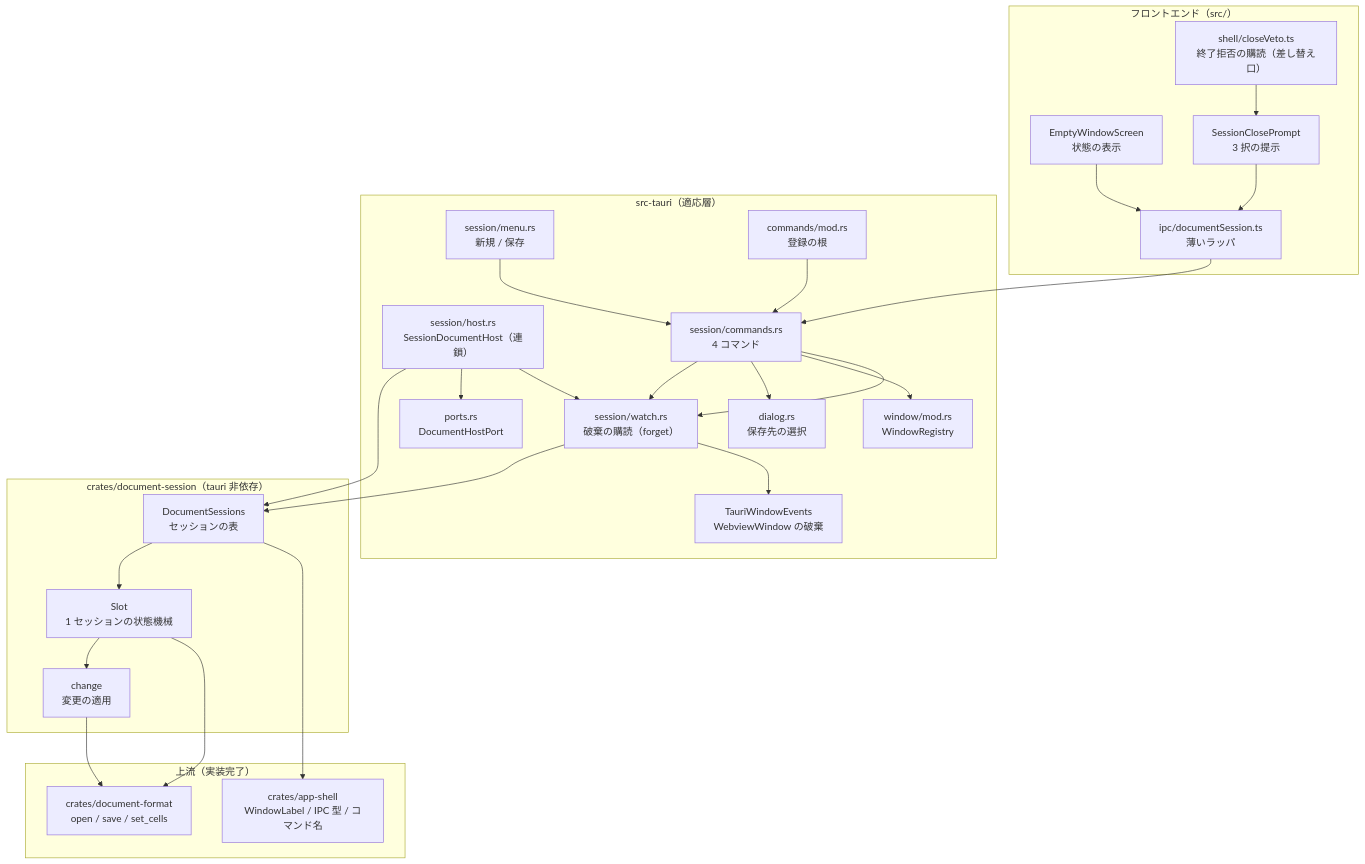
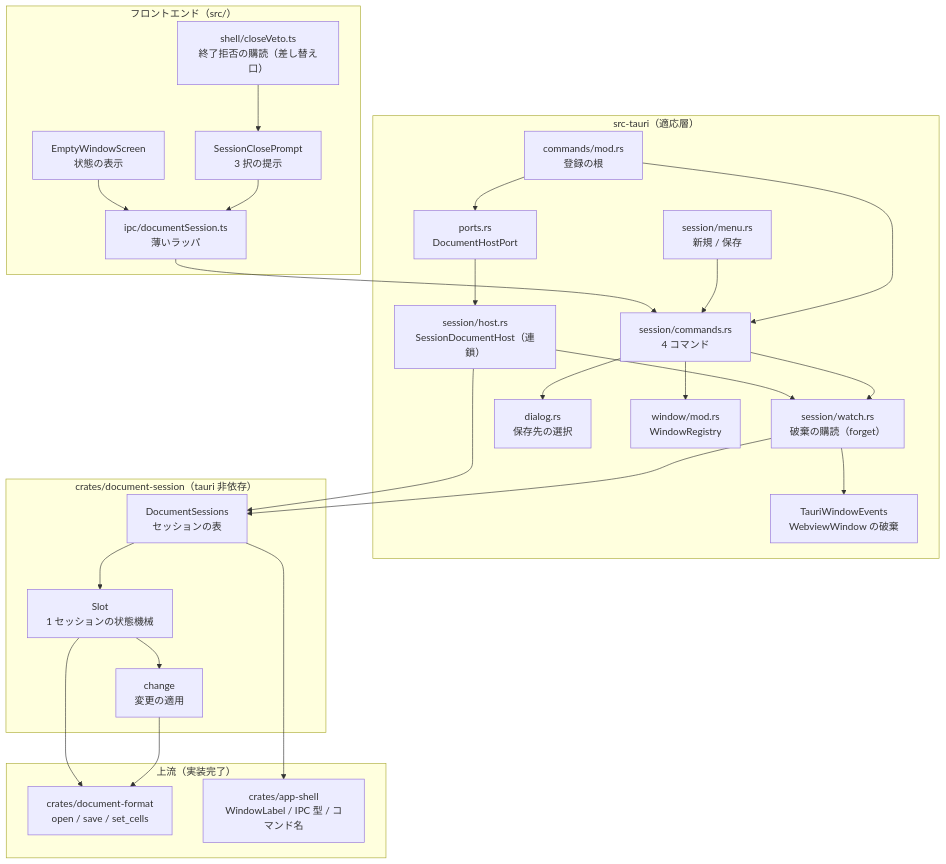
The first of 8 diagrams in .kiro/specs/document-session/design.md (HDYS-TTBYS/jxcel), drawn with Mermaid before and after one commit. The commit also changed other lines of this file and 1 other file, not shown here.

Commit message:
docs(document-session): 検証で残った記述のずれを直す

````diff
--- a/.kiro/specs/document-session/design.md
+++ b/.kiro/specs/document-session/design.md
@@ -92,53 +92,53 @@
 ```mermaid
 graph TB
     subgraph Frontend["フロントエンド（src/）"]
         Empty["EmptyWindowScreen<br/>状態の表示"]
         Prompt["SessionClosePrompt<br/>3 択の提示"]
         Veto["shell/closeVeto.ts<br/>終了拒否の購読（差し替え口）"]
         SessionIpc["ipc/documentSession.ts<br/>薄いラッパ"]
     end
 
     subgraph Adapter["src-tauri（適応層）"]
         Host["session/host.rs<br/>SessionDocumentHost（連鎖）"]
         Cmds["session/commands.rs<br/>4 コマンド"]
         Menu["session/menu.rs<br/>新規 / 保存"]
         Watch["session/watch.rs<br/>破棄の購読（forget）"]
         Dialog["dialog.rs<br/>保存先の選択"]
         Commands["commands/mod.rs<br/>登録の根"]
         Registry["window/mod.rs<br/>WindowRegistry"]
         Port["ports.rs<br/>DocumentHostPort"]
         Events["TauriWindowEvents<br/>WebviewWindow の破棄"]
     end
 
     subgraph Core["crates/document-session（tauri 非依存）"]
         Sessions["DocumentSessions<br/>セッションの表"]
         Slot["Slot<br/>1 セッションの状態機械"]
         Change["change<br/>変更の適用"]
     end
 
     subgraph Upstream["上流（実装完了）"]
         Fmt["crates/document-format<br/>open / save / set_cells"]
         Shell["crates/app-shell<br/>WindowLabel / IPC 型 / コマンド名"]
     end
 
     Empty --> SessionIpc
     Prompt --> SessionIpc
     Veto --> Prompt
     SessionIpc --> Cmds
-    Cmds --> Watch
     Cmds --> Dialog
     Cmds --> Registry
     Menu --> Cmds
     Commands --> Cmds
     Host --> Sessions
-    Host --> Port
+    Commands --> Port
+    Port --> Host
     Host --> Watch
     Watch --> Sessions
     Watch --> Events
     Cmds --> Watch
     Sessions --> Slot
     Slot --> Change
     Slot --> Fmt
     Sessions --> Shell
     Change --> Fmt
 ```
````
